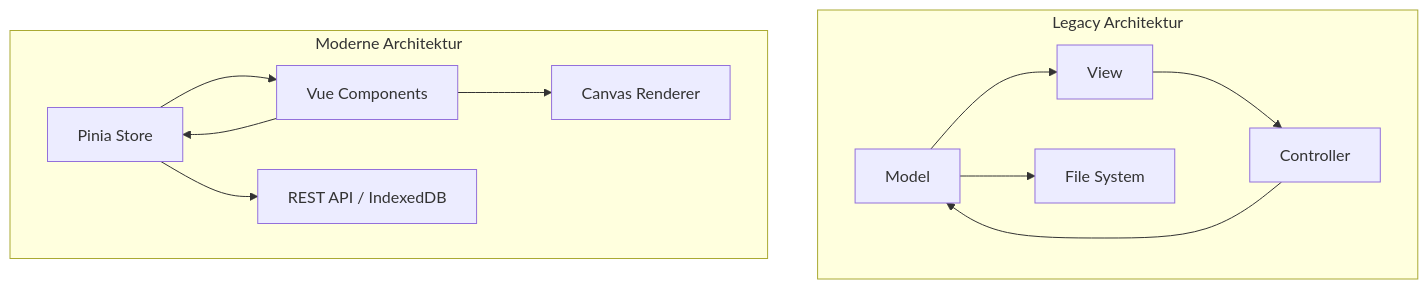
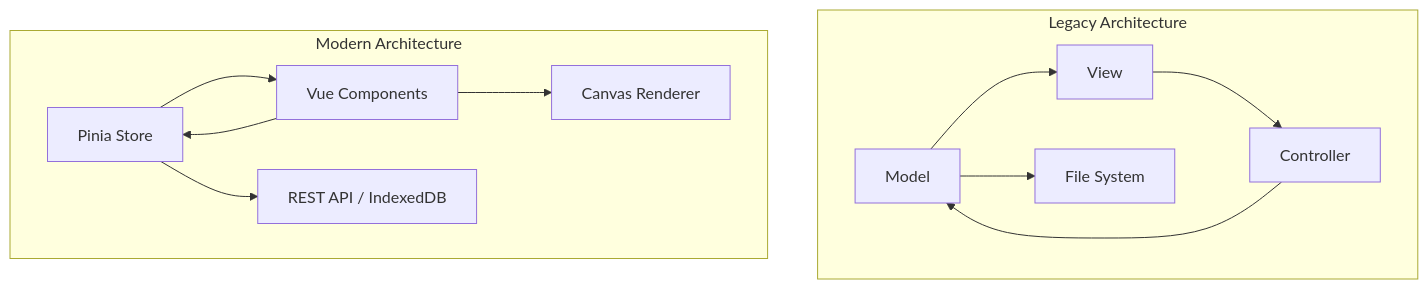
Before and after one commit to woped/woped-next: the fourth of 4 diagrams in docs/migration/00-migration-overview.md, drawn with Mermaid. The commit also changed other lines of this file and 24 other files, not shown here.

````diff
--- a/docs/migration/00-migration-overview.md
+++ b/docs/migration/00-migration-overview.md
@@ -104,16 +104,16 @@
 ```mermaid
 graph TB
-    subgraph Legacy["Legacy Architektur"]
+    subgraph Legacy["Legacy Architecture"]
         LM[Model] --> LV[View]
         LV --> LC[Controller]
         LC --> LM
         LM --> LFILE[File System]
     end
     
-    subgraph Modern["Moderne Architektur"]
+    subgraph Modern["Modern Architecture"]
         STORE[Pinia Store] --> COMP[Vue Components]
         COMP --> STORE
         STORE --> API[REST API / IndexedDB]
         COMP --> CANVAS[Canvas Renderer]
     end
 ```
````
